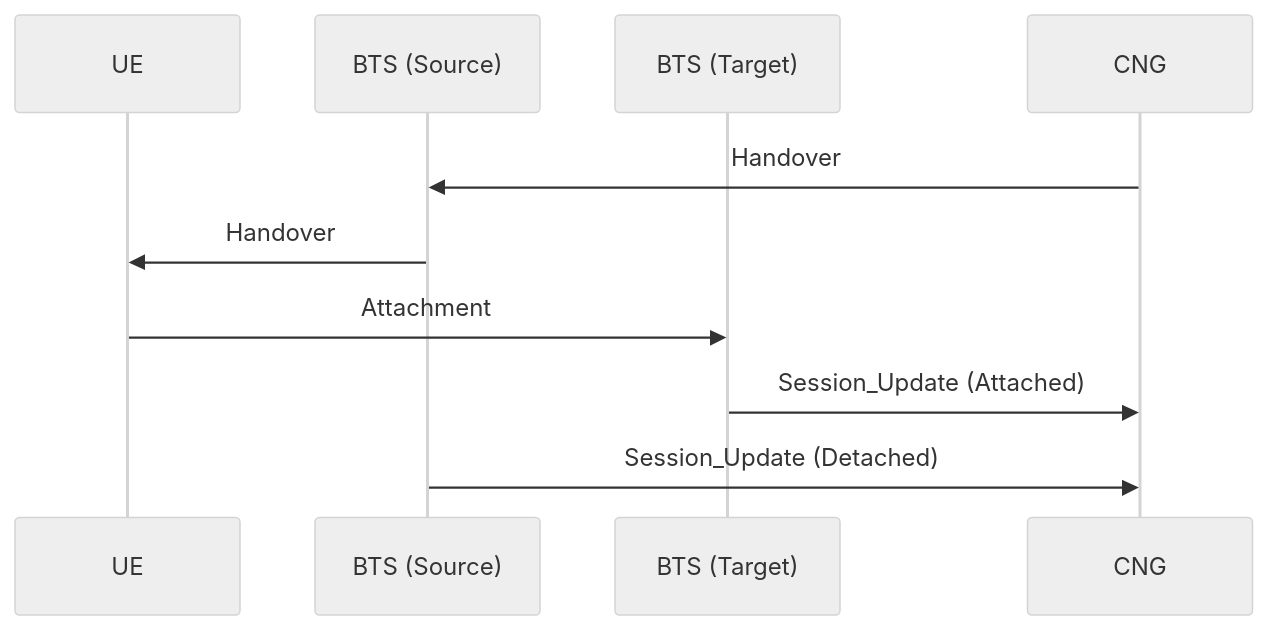
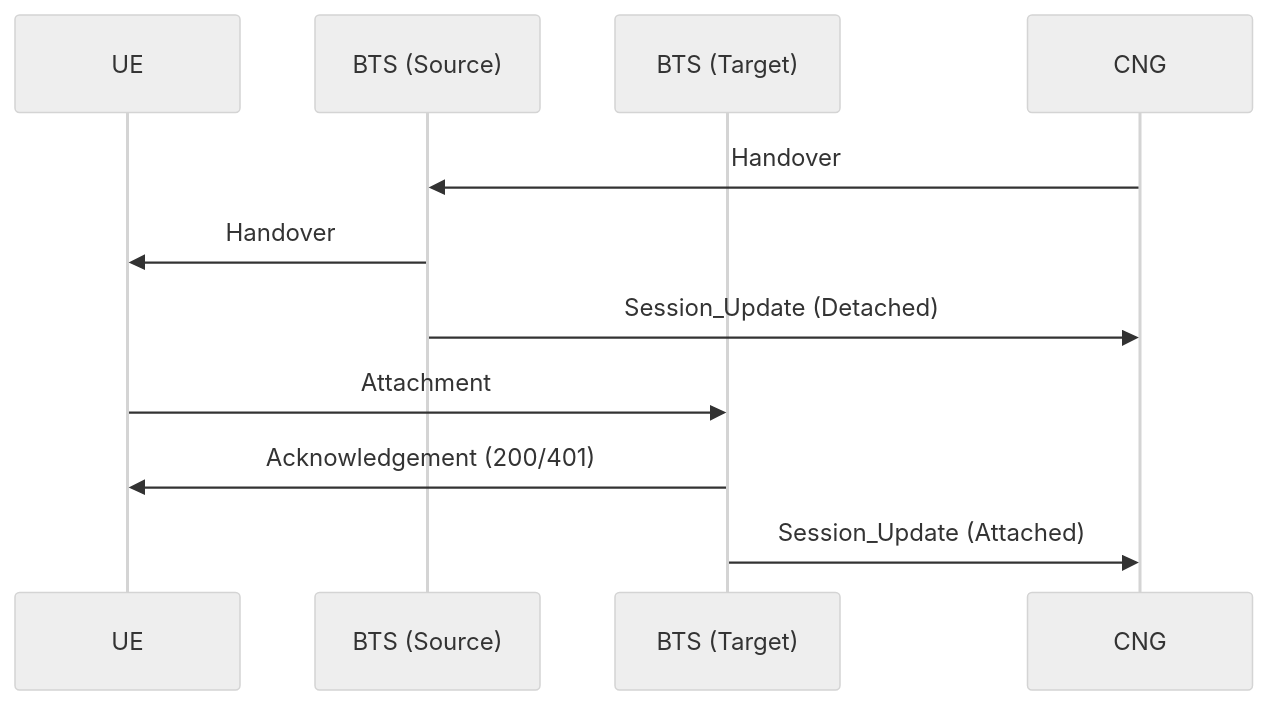
Before and after one commit to samuelh2005/cc-telecom: the third of 4 diagrams in docs/protocols/layer1.md, drawn with Mermaid (neutral theme). The commit also changed other lines of this file, not shown here.

First line of the commit message:
feat(docs): add session state and query payloads to Layer 1 protocol; simplify handover

````diff
--- a/docs/protocols/layer1.md
+++ b/docs/protocols/layer1.md
@@ -278,13 +297,15 @@
 ```mermaid
 sequenceDiagram
     participant UE
     participant BTS_Source as BTS (Source)
     participant BTS_Target as BTS (Target)
     participant CNG
 
     CNG->>BTS_Source: Handover
     BTS_Source->>UE: Handover
+    BTS_Source->>CNG: Session_Update (Detached)
     UE->>BTS_Target: Attachment
+
+    BTS_Target->>UE: Acknowledgement (200/401)
     BTS_Target->>CNG: Session_Update (Attached)
-    BTS_Source->>CNG: Session_Update (Detached)
 ```
````
